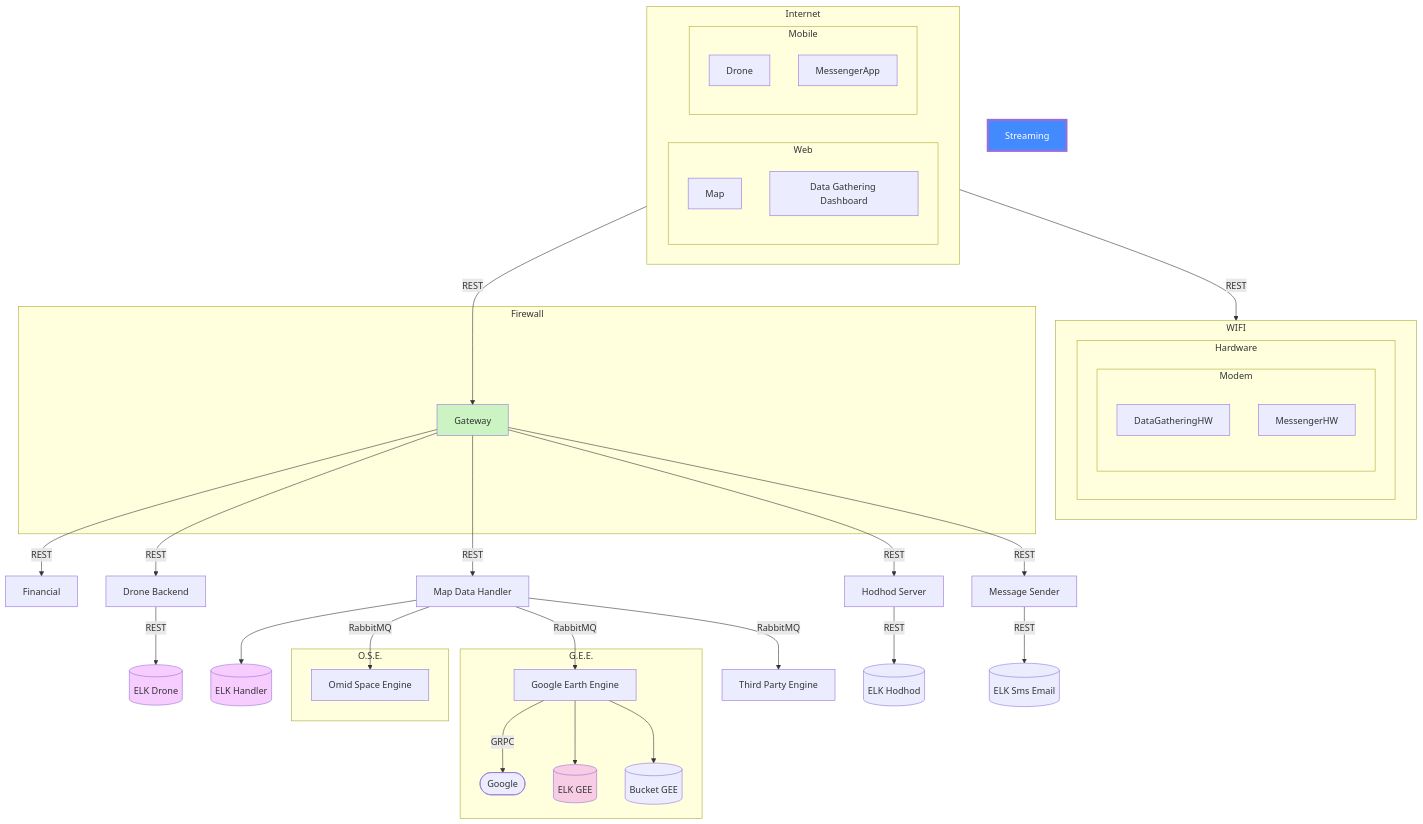
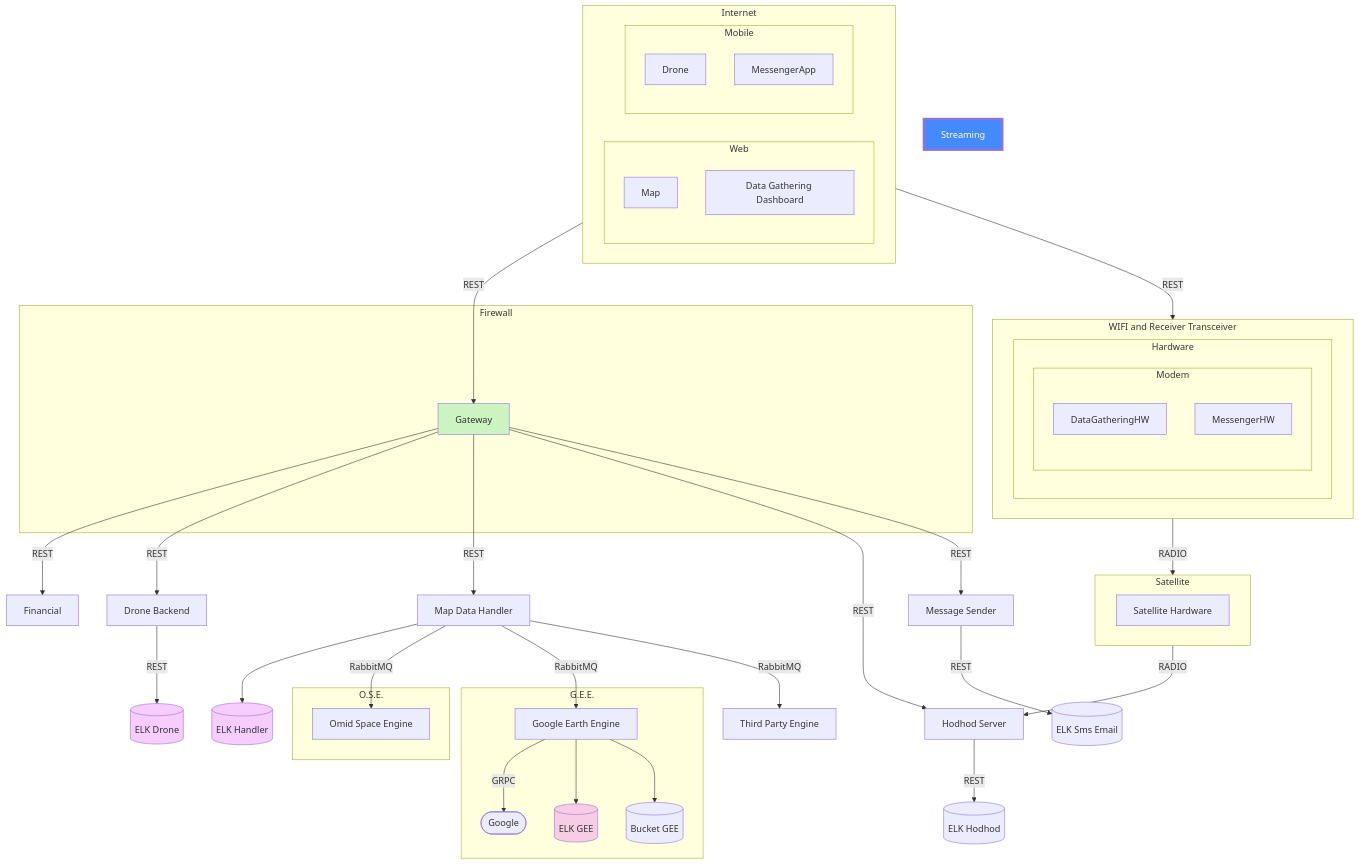
The diagram in docs/Arch.md (spaceomid/Documentation), drawn with Mermaid before and after one commit. The commit also changed 1 other file, not shown here.

Commit message:
add API structure

````diff
--- a/docs/Arch.md
+++ b/docs/Arch.md
@@ -6,74 +6,80 @@
 ``` mermaid
 flowchart TB
     
     classDef Elk fill:#d500f933;
     
     style Gateway fill:#00c85333
     style Streaming fill:#448aff,stroke-width:4px,color:#fff
     
     subgraph Internet
     
     subgraph Web
     Map
     DataGatheringDashboard[Data Gathering Dashboard]
     end
     
     subgraph Mobile
     Drone
     MessengerApp
     end
     
     end
 
     subgraph Firewall
     Gateway
     end
     
-    subgraph WIFI
+    subgraph WIFI_ReceiverTransceiver[WIFI and Receiver Transceiver]
     subgraph Hardware
     subgraph Modem
     DataGatheringHW
     MessengerHW
     end
     end
     end
 
+    subgraph Satellite
+        SatelliteHardware[Satellite Hardware]
+    end
+
+    WIFI_ReceiverTransceiver --RADIO--> Satellite
+    Satellite --RADIO--> HodhodServer
 
     Internet --REST--> Gateway
 
-    Internet --REST--> WIFI
+    Internet --REST--> WIFI_ReceiverTransceiver
 
     Gateway --REST--> Financial
     Gateway --REST--> DroneBackend[Drone Backend]
     Gateway --REST--> MapDataHandler[Map Data Handler] 
 
     Gateway --REST--> HodhodServer[Hodhod Server]
     Gateway --REST--> MessageSender[Message Sender]   
         
     MapDataHandler --> ELKHandler[(ELK Handler)]:::Elk
     MapDataHandler --RabbitMQ--> OSE[Omid Space Engine ]
     MapDataHandler --RabbitMQ--> GEE[Google Earth Engine ]
     MapDataHandler --RabbitMQ--> TPE[Third Party Engine ]
 
     HodhodServer --REST--> ELKHodhod[(ELK Hodhod)]
     MessageSender --REST--> ELKSmsEmail[(ELK Sms Email)]
     
     DroneBackend --REST--> ELKDrone[(ELK Drone)]:::Elk
      
     subgraph G.E.E.
     GEE
     Google
     BucketGEE
     ELKGEE
     end
     
     GEE --GRPC--> Google([Google])
     GEE --> ELKGEE[(ELK GEE)]:::Elk
     GEE --> BucketGEE[(Bucket GEE)]
     
     
     subgraph O.S.E.
     OSE
     end
     
 ``` 
````
